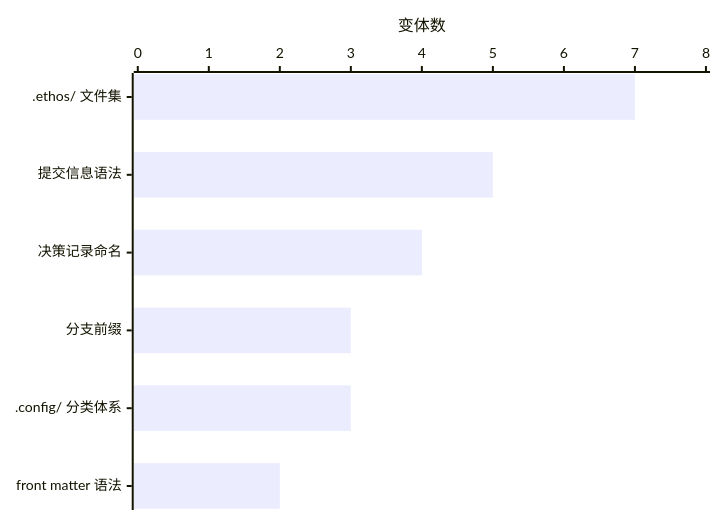
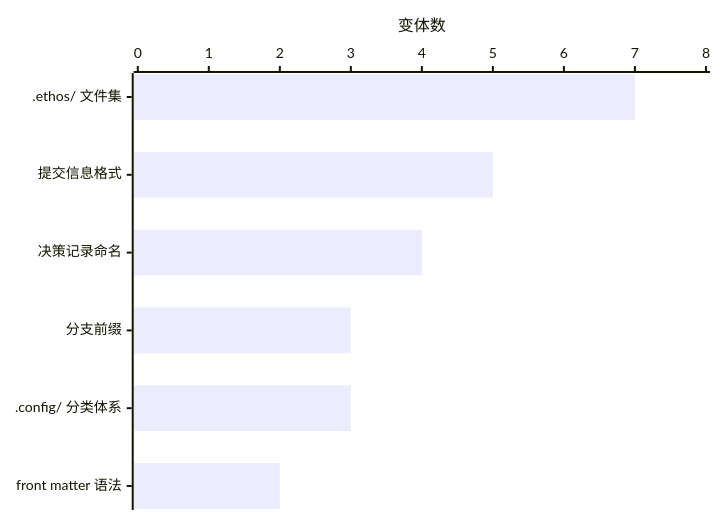
One commit to HengYangDS/architecture-publications changed the diagram in publications/ethos/zh/guide/guide.archify.md. Above: the diagram before and after it, drawn with Mermaid. The commit also changed other lines of this file and 40 other files, not shown here.

````diff
--- a/publications/ethos/zh/guide/guide.archify.md
+++ b/publications/ethos/zh/guide/guide.archify.md
@@ -284,6 +284,6 @@
 ```mermaid title="13 个仓库中每种共有载体的变体数（2026-10-14，取自 DR-0012）"
 xychart-beta horizontal
-  x-axis [".ethos/ 文件集", "提交信息语法", "决策记录命名", "分支前缀", ".config/ 分类体系", "front matter 语法"]
+  x-axis [".ethos/ 文件集", "提交信息格式", "决策记录命名", "分支前缀", ".config/ 分类体系", "front matter 语法"]
   y-axis "变体数" 0 --> 8
   bar "发现的变体" [7, 5, 4, 3, 3, 2]
 ```
````
